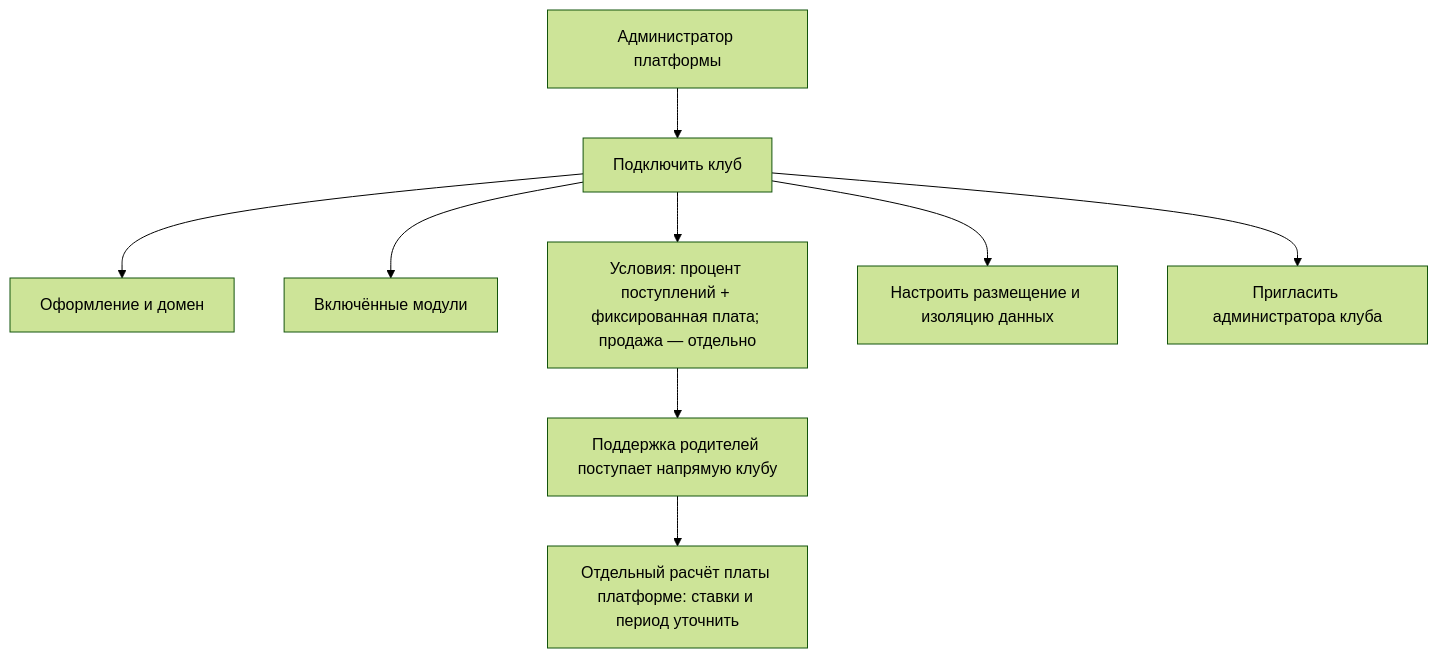
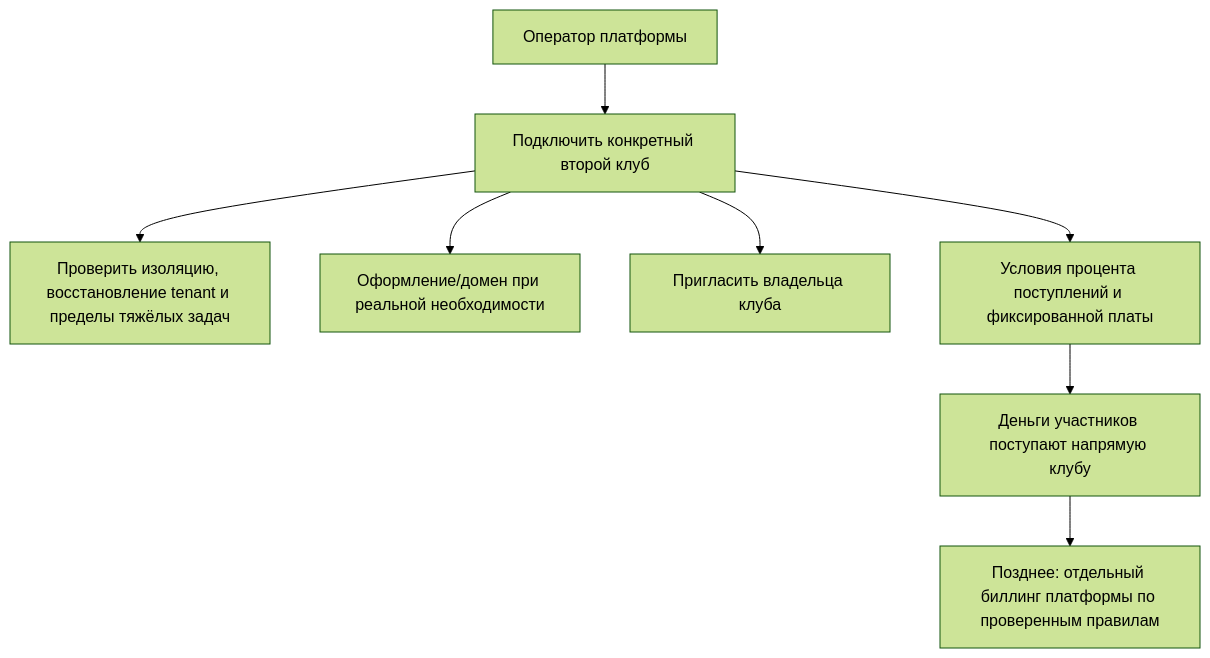
One commit to StarMadeGalaxy/JudeOS changed the tenth of 10 diagrams in planning/APP-FLOWS.md. Above: the diagram before and after it, drawn with Mermaid (forest theme). The commit also changed other lines of this file and 20 other files, not shown here.

Commit message:
docs: align MVP plan and architecture after critical review

````diff
--- a/planning/APP-FLOWS.md
+++ b/planning/APP-FLOWS.md
@@ -115,11 +203,10 @@
 ```mermaid
 flowchart TB
-    Platform["Администратор платформы"] --> Club["Подключить клуб"]
-    Club --> Brand["Оформление и домен"]
-    Club --> Modules["Включённые модули"]
-    Club --> Contract["Условия: процент поступлений + фиксированная плата; продажа — отдельно"]
-    Contract --> Direct["Поддержка родителей поступает напрямую клубу"]
-    Direct --> Billing["Отдельный расчёт платы платформе: ставки и период уточнить"]
-    Club --> Isolation["Настроить размещение и изоляцию данных"]
-    Club --> Owner["Пригласить администратора клуба"]
+    Platform["Оператор платформы"] --> Club["Подключить конкретный второй клуб"]
+    Club --> Isolation["Проверить изоляцию, восстановление tenant и пределы тяжёлых задач"]
+    Club --> Brand["Оформление/домен при реальной необходимости"]
+    Club --> Owner["Пригласить владельца клуба"]
+    Club --> Contract["Условия процента поступлений и фиксированной платы"]
+    Contract --> Direct["Деньги участников поступают напрямую клубу"]
+    Direct --> Billing["Позднее: отдельный биллинг платформы по проверенным правилам"]
 ```
````
